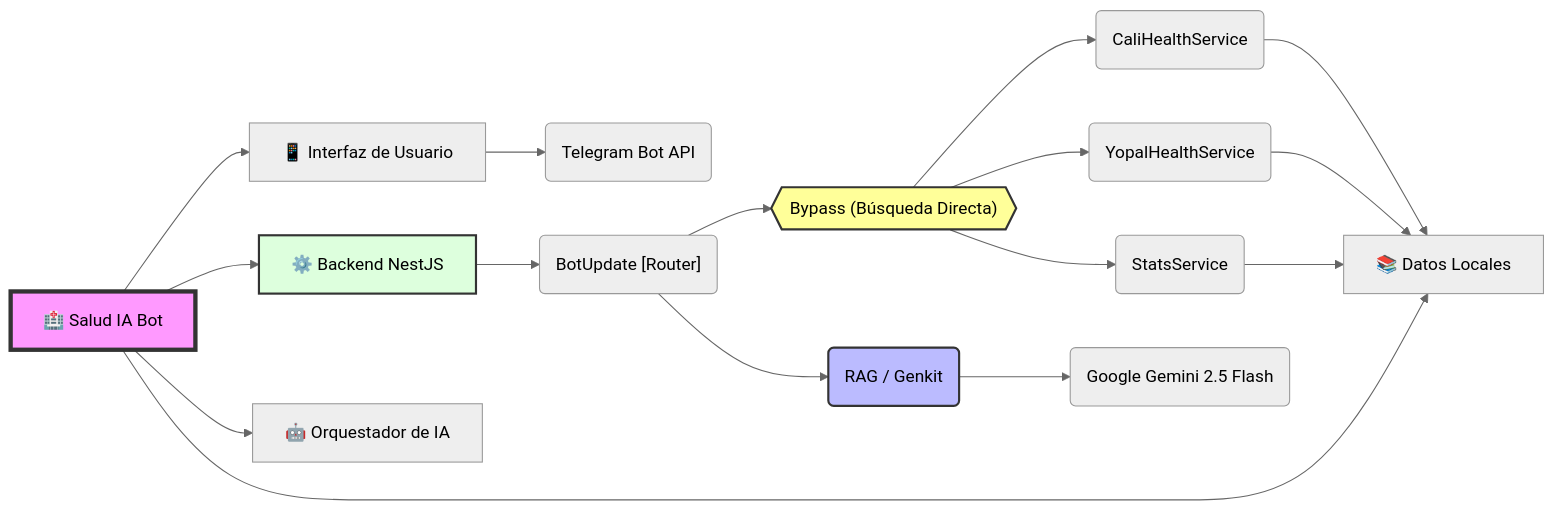
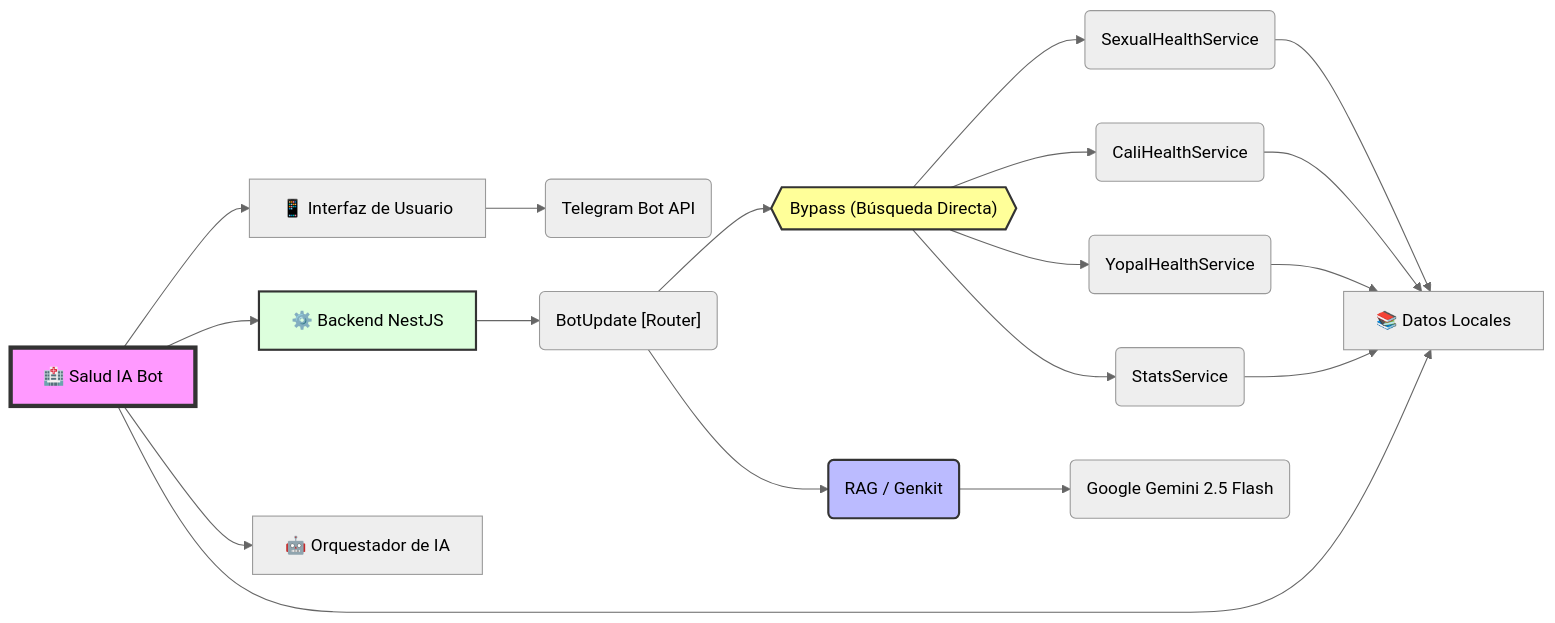
Before and after one commit to RubenDarioGuerreroNeira/Ecosistema-IA-Colombia: the diagram in README.md, drawn with Mermaid (neutral theme). The commit also changed other lines of this file and 8 other files, not shown here.

Commit message:
feat(bot): Implement sexual health module, robust search, and updated documentation

````diff
--- a/README.md
+++ b/README.md
@@ -22,28 +22,30 @@
 ```mermaid
 graph LR
     Root["🏥 Salud IA Bot"] --> Interface["📱 Interfaz de Usuario"]
     Root --> Core["⚙️ Backend NestJS"]
     Root --> AI["🤖 Orquestador de IA"]
     Root --> Data["📚 Datos Locales"]
 
     Interface --> Telegram("Telegram Bot API")
     
     Core --> BotUpdate("BotUpdate [Router]")
     
     BotUpdate --> Bypass{{"Bypass (Búsqueda Directa)"}}
+    Bypass --> SexualHealth("SexualHealthService")
     Bypass --> CaliService("CaliHealthService")
     Bypass --> YopalService("YopalHealthService")
     Bypass --> StatsService("StatsService")
     
     BotUpdate --> RAG("RAG / Genkit")
     RAG --> Gemini("Google Gemini 2.5 Flash")
 
+    SexualHealth --> Data
     CaliService --> Data
     YopalService --> Data
     StatsService --> Data
 
     style Root fill:#f9f,stroke:#333,stroke-width:4px
     style Bypass fill:#ff9,stroke:#333,stroke-width:2px
     style RAG fill:#bbf,stroke:#333,stroke-width:2px
     style Core fill:#dfd,stroke:#333,stroke-width:2px
 ```
````
